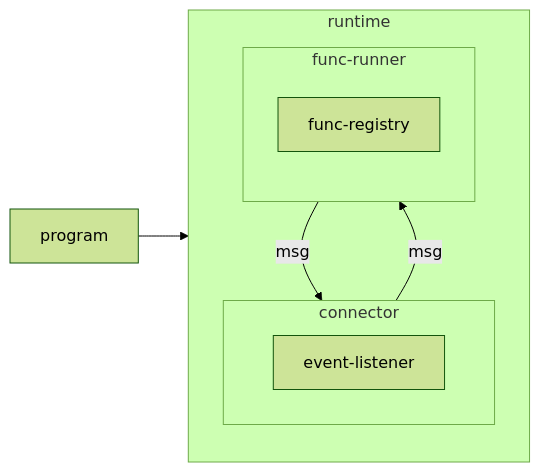
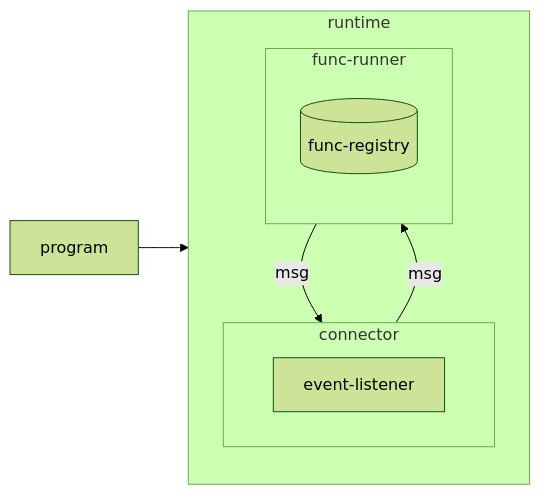
One commit to nevalang/neva changed the second of 7 diagrams in ARCHITECTURE.md. Above: the diagram before and after it, drawn with Mermaid (forest theme). The commit also changed other lines of this file, not shown here.

````diff
--- a/ARCHITECTURE.md
+++ b/ARCHITECTURE.md
@@ -41,17 +41,17 @@
 ```mermaid
 flowchart LR
     program-->runtime
 
     subgraph runtime
         connector-->|msg|func-runner
         func-runner-->|msg|connector
     end
 
     subgraph connector
         event-listener
     end
 
     subgraph func-runner
-        func-registry
+        func-registry[(func-registry)]
     end
 ```
````
